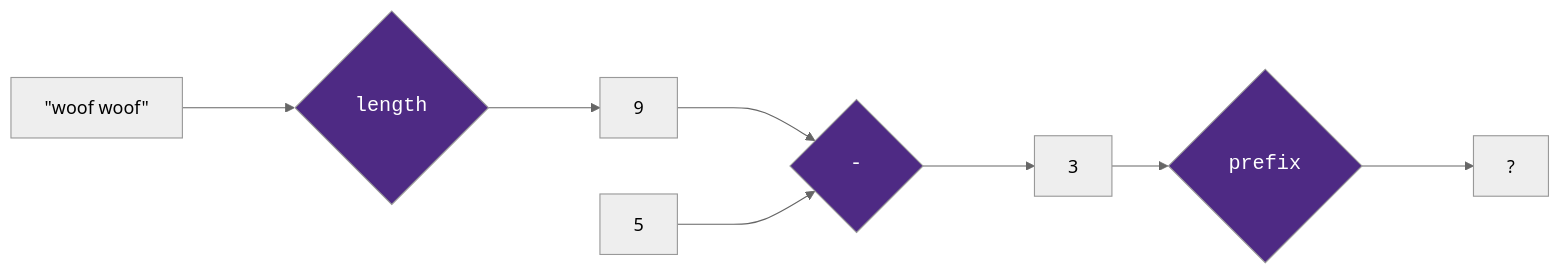
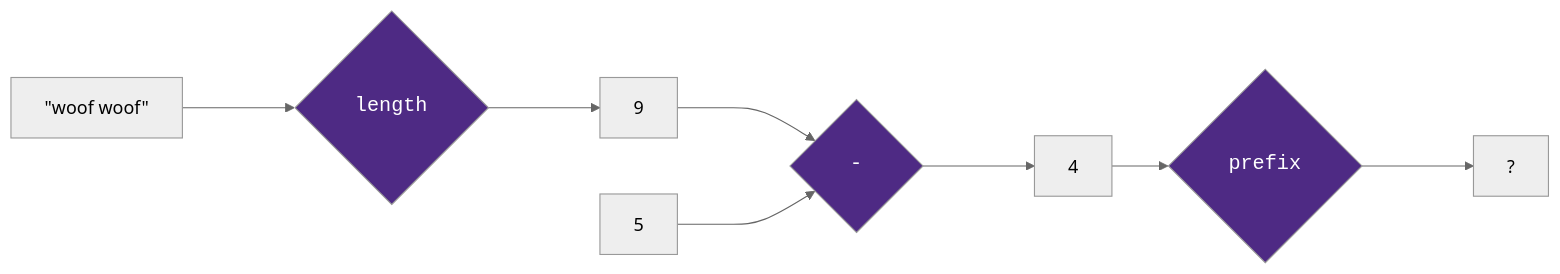
The diagram in assets/diagrams/dataflow_error1.mmd (bain-cs111/bain-cs111.github.io), drawn with Mermaid before and after one commit. The commit also changed 30 other files, not shown here.

```diff
--- a/assets/diagrams/dataflow_error1.mmd
+++ b/assets/diagrams/dataflow_error1.mmd
@@ -1,16 +1,16 @@
 %%{init: {"theme": "neutral", "logLevel": 1 }}%%
 
 graph LR
     FIRST["&quot;woof woof&quot;"]--->A{<br><font face=courier size=4 color=white>length<br>&nbsp}
     A ---> Output1[9]
     Output1 ---> B{<br><font face=courier size=4 color=white>-<br>&nbsp}
     SECOND[5]--->B
-    B ---> Output2[3]
-    
+    B ---> Output2[4]
+
     Output2 --> C{<br><font face=courier size=4 color=white>prefix<br>&nbsp}
 
     C ---> Output3[?]
 
     style A fill:#4E2A84
     style B fill:#4E2A84
     style C fill:#4E2A84
```
